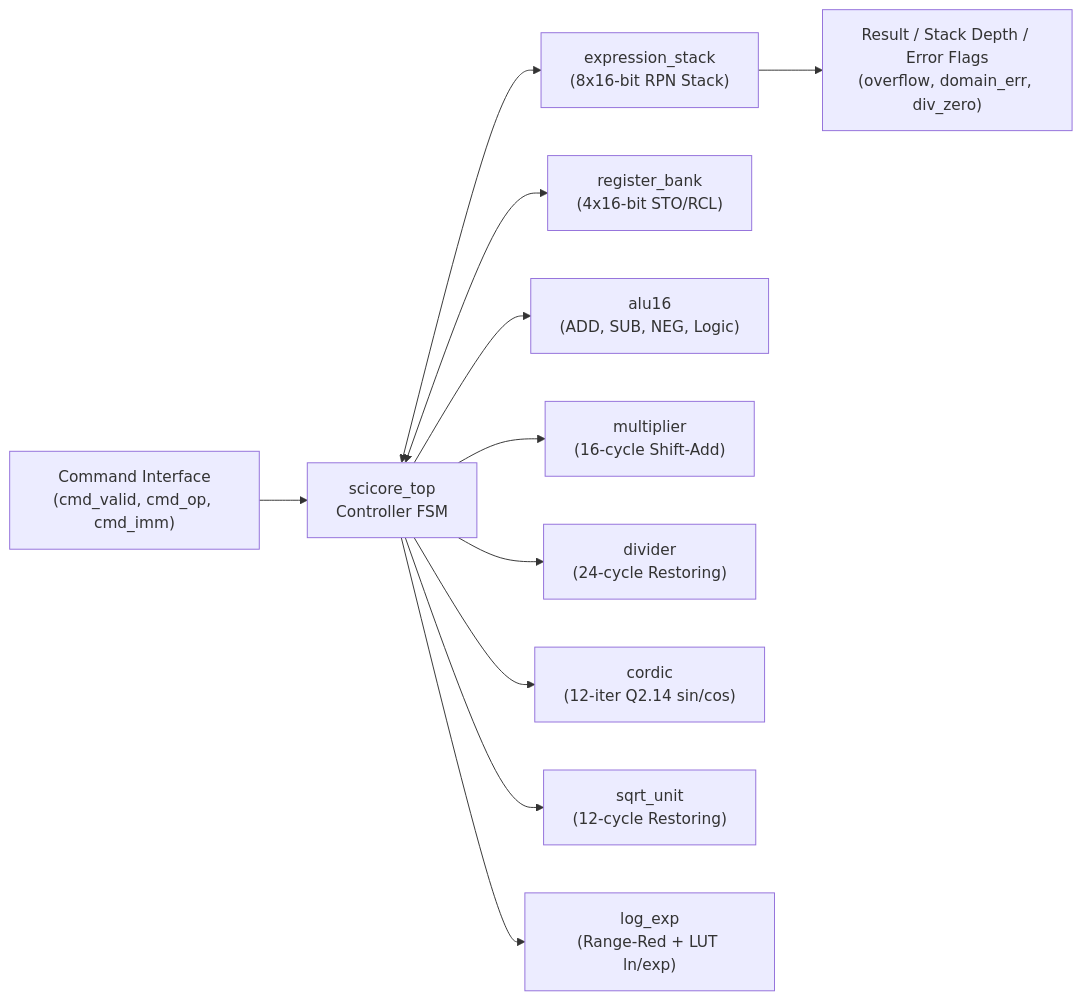
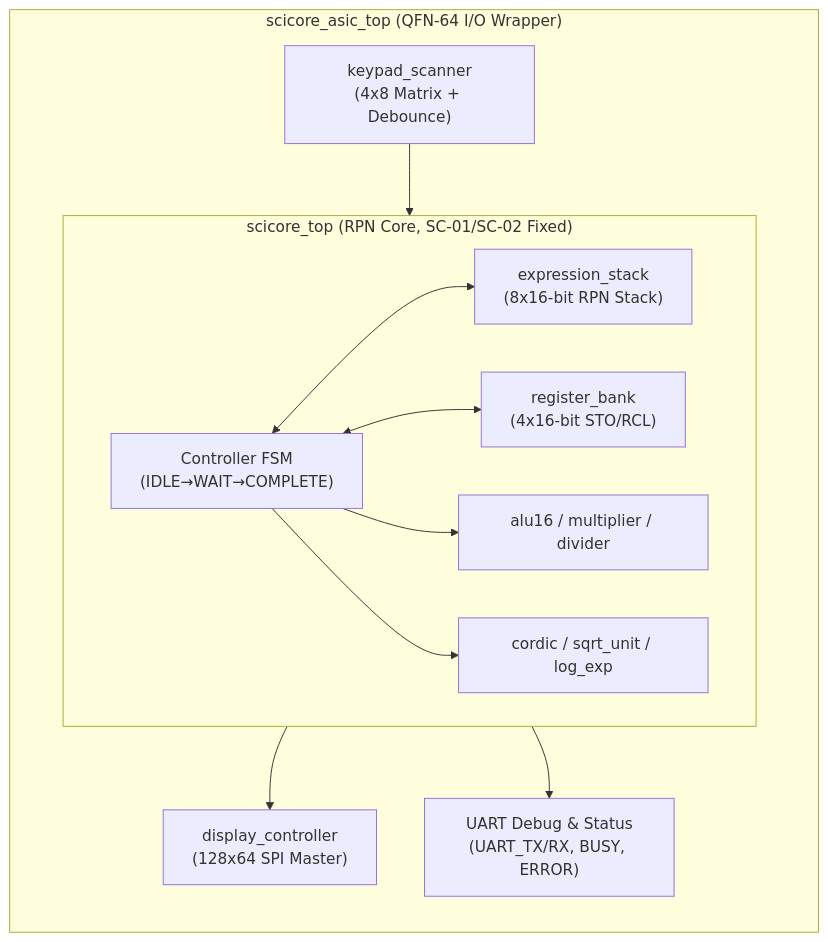
One commit to Irfan-1506/SciCore-16 changed the diagram in README.md. Above: the diagram before and after it, drawn with Mermaid. The commit also changed other lines of this file and 15 other files, not shown here.

Commit message:
SciCore-16 v2.0: Fix SC-01..SC-12 (COMPLETE done handshake, stack err flags, QFN-64 I/O wrapper, full KiCad schematic, golden model accuracy report, CI)

````diff
--- a/README.md
+++ b/README.md
@@ -11,13 +11,22 @@
 ```mermaid
 flowchart LR
-    CMD["Command Interface<br/>(cmd_valid, cmd_op, cmd_imm)"] --> CTRL["scicore_top<br/>Controller FSM"]
-    CTRL <--> STK["expression_stack<br/>(8x16-bit RPN Stack)"]
-    CTRL <--> REG["register_bank<br/>(4x16-bit STO/RCL)"]
-    CTRL --> ALU["alu16<br/>(ADD, SUB, NEG, Logic)"]
-    CTRL --> MUL["multiplier<br/>(16-cycle Shift-Add)"]
-    CTRL --> DIV["divider<br/>(24-cycle Restoring)"]
-    CTRL --> COR["cordic<br/>(12-iter Q2.14 sin/cos)"]
-    CTRL --> SQ["sqrt_unit<br/>(12-cycle Restoring)"]
-    CTRL --> LE["log_exp<br/>(Range-Red + LUT ln/exp)"]
-    STK --> OUT["Result / Stack Depth / Error Flags<br/>(overflow, domain_err, div_zero)"]
+    subgraph WRAP["scicore_asic_top (QFN-64 I/O Wrapper)"]
+        KP["keypad_scanner<br/>(4x8 Matrix + Debounce)"]
+        DP["display_controller<br/>(128x64 SPI Master)"]
+        UA["UART Debug & Status<br/>(UART_TX/RX, BUSY, ERROR)"]
+        subgraph CORE["scicore_top (RPN Core, SC-01/SC-02 Fixed)"]
+            CTRL["Controller FSM<br/>(IDLE→WAIT→COMPLETE)"]
+            STK["expression_stack<br/>(8x16-bit RPN Stack)"]
+            REG["register_bank<br/>(4x16-bit STO/RCL)"]
+            ALU["alu16 / multiplier / divider"]
+            SCI["cordic / sqrt_unit / log_exp"]
+            CTRL <--> STK
+            CTRL <--> REG
+            CTRL --> ALU
+            CTRL --> SCI
+        end
+        KP --> CORE
+        CORE --> DP
+        CORE --> UA
+    end
 ```
````
